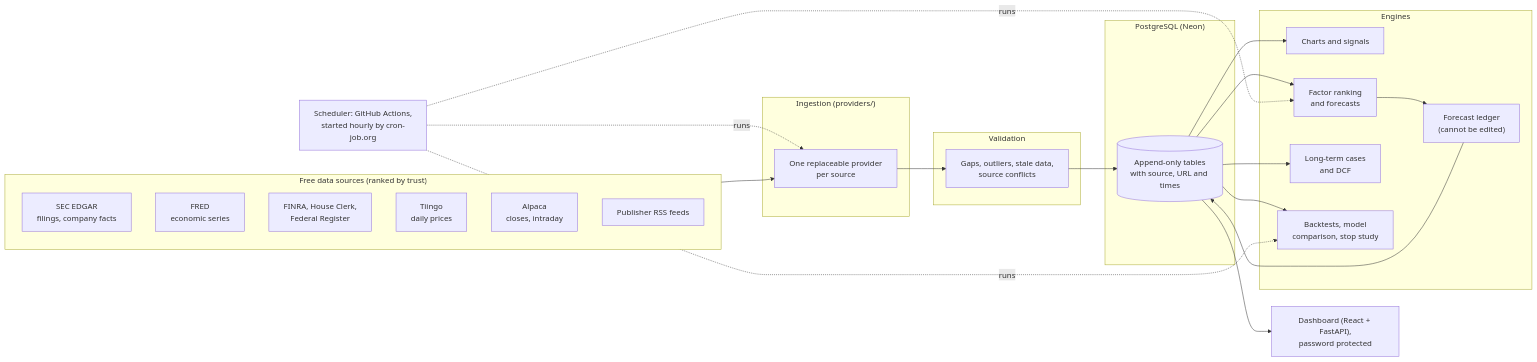
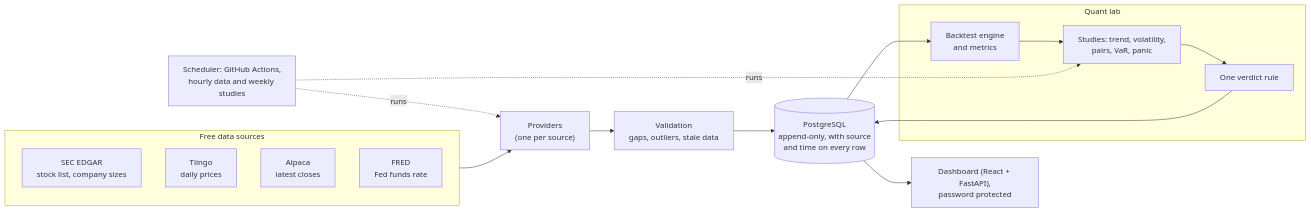
The diagram in README.md (ayaantulvi-hub/stock-intelligence), drawn with Mermaid before and after one commit. The commit also changed other lines of this file and 23 other files, not shown here.

````diff
--- a/README.md
+++ b/README.md
@@ -35,34 +31,22 @@
 ```mermaid
 flowchart LR
-  subgraph Sources["Free data sources (ranked by trust)"]
-    SEC["SEC EDGAR<br/>filings, company facts"]
-    FRED["FRED<br/>economic series"]
-    FIN["FINRA, House Clerk,<br/>Federal Register"]
+  subgraph Sources["Free data sources"]
+    SEC["SEC EDGAR<br/>stock list, company sizes"]
     TII["Tiingo<br/>daily prices"]
-    ALP["Alpaca<br/>closes, intraday"]
-    NEWS["Publisher RSS feeds"]
+    ALP["Alpaca<br/>latest closes"]
+    FRED["FRED<br/>Fed funds rate"]
   end
-  subgraph Ingest["Ingestion (providers/)"]
-    P["One replaceable provider<br/>per source"]
+  P["Providers<br/>(one per source)"]
+  V["Validation<br/>gaps, outliers, stale data"]
+  DB[("PostgreSQL<br/>append-only, with source<br/>and time on every row")]
+  subgraph Lab["Quant lab"]
+    E["Backtest engine<br/>and metrics"]
+    S["Studies: trend, volatility,<br/>pairs, VaR, panic"]
+    J["One verdict rule"]
   end
-  subgraph Check["Validation"]
-    V["Gaps, outliers, stale data,<br/>source conflicts"]
-  end
-  subgraph Store["PostgreSQL (Neon)"]
-    DB[("Append-only tables<br/>with source, URL and times")]
-  end
-  subgraph Engines
-    C["Charts and signals"]
-    F["Factor ranking<br/>and forecasts"]
-    L["Long-term cases<br/>and DCF"]
-    B["Backtests, model<br/>comparison, stop study"]
-    LED["Forecast ledger<br/>(cannot be edited)"]
-  end
-  SCH["Scheduler: GitHub Actions,<br/>started hourly by cron-job.org"]
+  SCH["Scheduler: GitHub Actions,<br/>hourly data and weekly studies"]
   UI["Dashboard (React + FastAPI),<br/>password protected"]
-  Sources --> P --> V --> DB
-  DB --> C & F & L & B
-  F --> LED --> DB
-  SCH -. runs .-> P & F & B
+  Sources --> P --> V --> DB --> E --> S --> J --> DB
+  SCH -. runs .-> P & S
   DB --> UI
 ```
````
